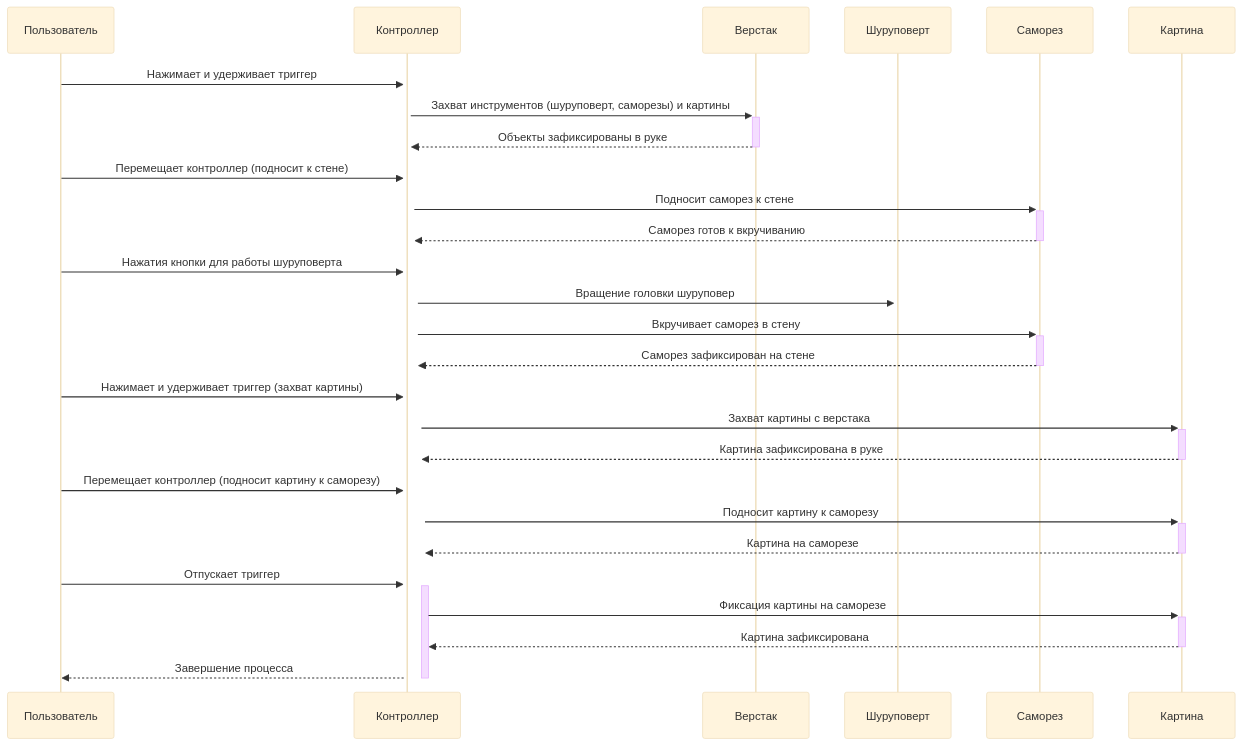
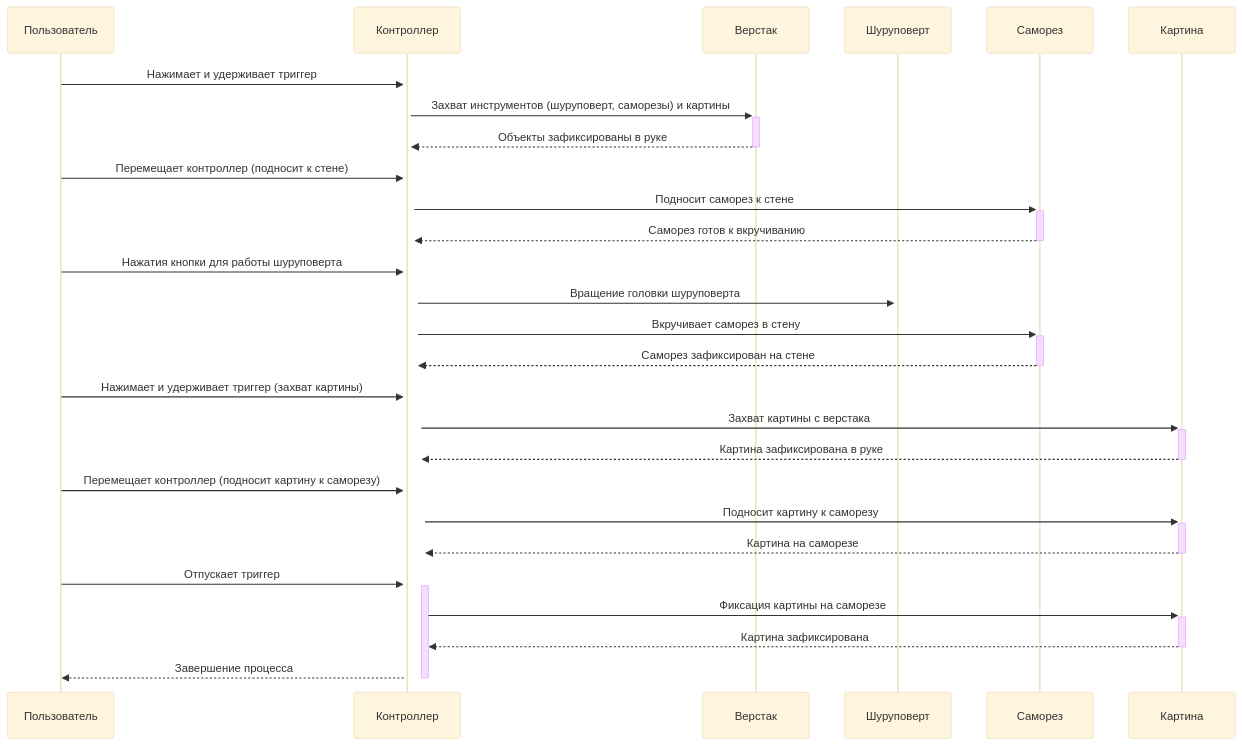
Before and after one commit to NerdyCep/iodraw-files: the diagram in all/не называться-1.md, drawn with Mermaid (base theme).

Commit message:
2025-02-25 18:27:44 update

````diff
--- a/all/не называться-1.md
+++ b/all/не называться-1.md
@@ -1,31 +1,32 @@
 ```mermaid
 sequenceDiagram
     participant Пользователь
     participant Контроллер
     participant Верстак
     participant Шуруповерт
     participant Саморез
     participant Картина
     
 
     Пользователь->>+Контроллер: Нажимает и удерживает триггер
     Контроллер->>+Верстак: Захват инструментов (шуруповерт, саморезы) и картины
     Верстак-->>-Контроллер: Объекты зафиксированы в руке
     Пользователь->>+Контроллер: Перемещает контроллер (подносит к стене)
     Контроллер->>+Саморез: Подносит саморез к стене
     Саморез-->>-Контроллер: Саморез готов к вкручиванию
     Пользователь->>+Контроллер: Нажатия кнопки для работы шуруповерта
-    Контроллер->>+Шуруповерт: Вращение головки шуруповер
+    Контроллер->>+Шуруповерт: Вращение головки шуруповерта
+    
     Контроллер->>+Саморез: Вкручивает саморез в стену
     Саморез-->>-Контроллер: Саморез зафиксирован на стене
     Пользователь->>+Контроллер: Нажимает и удерживает триггер (захват картины)
     Контроллер->>+Картина: Захват картины с верстака
     Картина-->>-Контроллер: Картина зафиксирована в руке
     Пользователь->>+Контроллер: Перемещает контроллер (подносит картину к саморезу)
     Контроллер->>+Картина: Подносит картину к саморезу
     Картина-->>-Контроллер: Картина на саморезе
     Пользователь->>+Контроллер: Отпускает триггер
     Контроллер->>+Картина: Фиксация картины на саморезе
     Картина-->>-Контроллер: Картина зафиксирована
     Контроллер-->>-Пользователь: Завершение процесса
 ```
````
